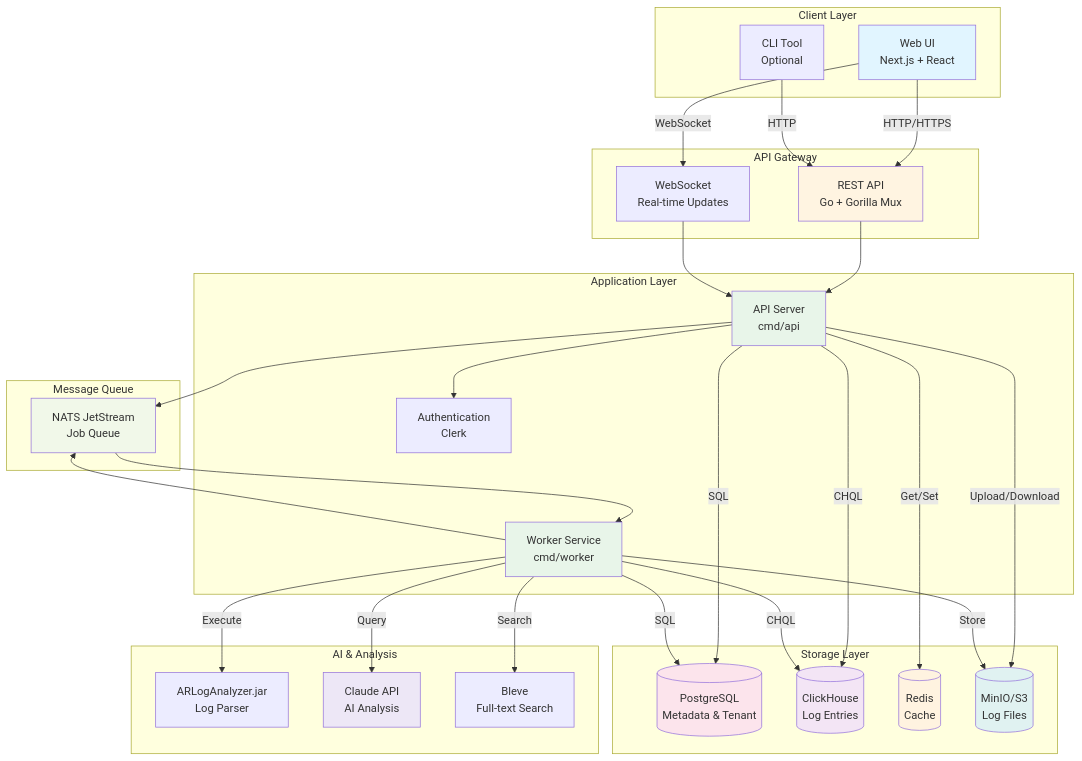
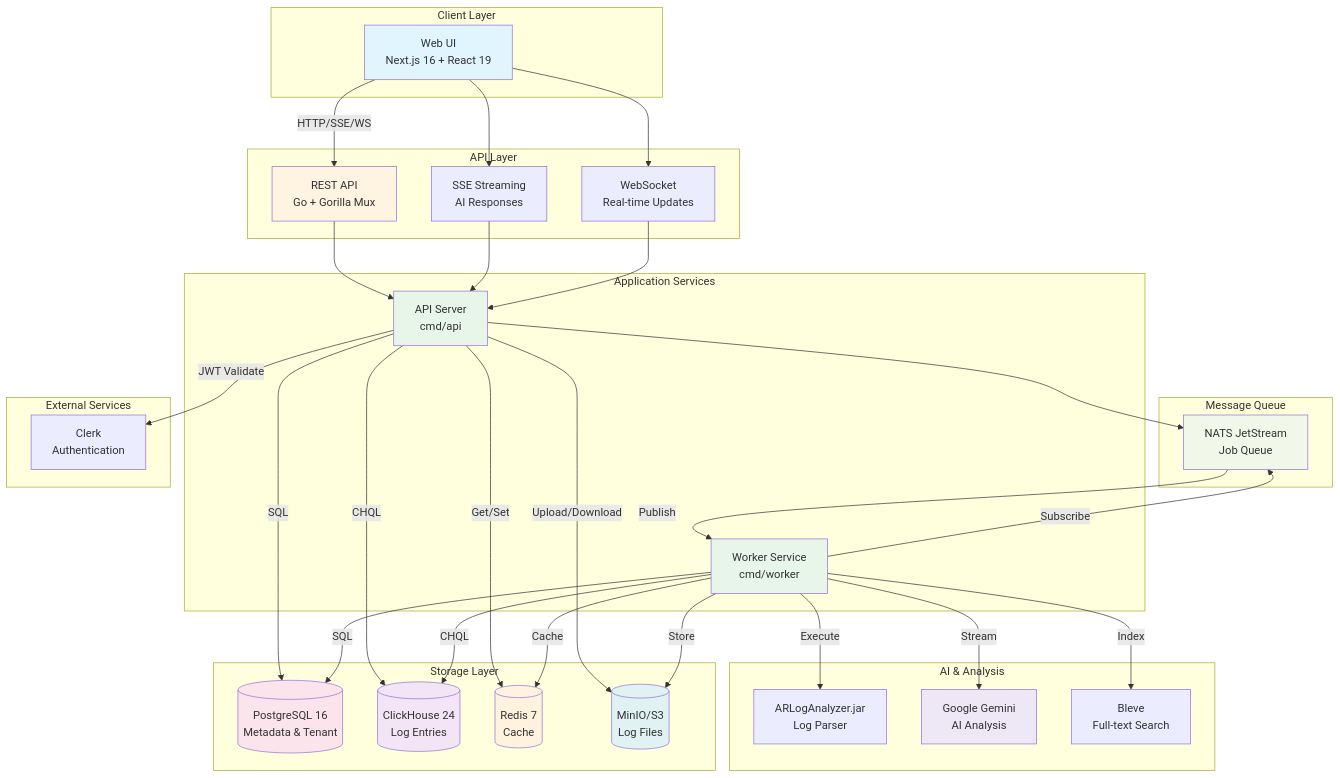
One commit to OmarEhab007/RemedyIQ changed the first of 8 diagrams in docs/diagrams/architecture.md. Above: the diagram before and after it, drawn with Mermaid. The commit also changed other lines of this file and 125 other files, not shown here.

First line of the commit message:
feat: EKS containerization with Helm charts, CI/CD pipelines, and snappy fix (#12)

````diff
--- a/docs/diagrams/architecture.md
+++ b/docs/diagrams/architecture.md
@@ -7,70 +7,75 @@
 ```mermaid
 graph TB
     subgraph "Client Layer"
-        WEB[Web UI<br/>Next.js + React]
-        CLI[CLI Tool<br/>Optional]
+        WEB[Web UI<br/>Next.js 16 + React 19]
     end
     
-    subgraph "API Gateway"
+    subgraph "API Layer"
         API[REST API<br/>Go + Gorilla Mux]
+        SSE[SSE Streaming<br/>AI Responses]
         WS[WebSocket<br/>Real-time Updates]
     end
     
-    subgraph "Application Layer"
-        API_SERVER[API Server<br/>cmd/api]
+    subgraph "Application Services"
+        API_SRV[API Server<br/>cmd/api]
         WORKER[Worker Service<br/>cmd/worker]
-        AUTH[Authentication<br/>Clerk]
     end
     
     subgraph "Message Queue"
         NATS[NATS JetStream<br/>Job Queue]
     end
     
     subgraph "AI & Analysis"
         JAR[ARLogAnalyzer.jar<br/>Log Parser]
-        AI[Claude API<br/>AI Analysis]
+        GEMINI[Google Gemini<br/>AI Analysis]
         BLEVE[Bleve<br/>Full-text Search]
     end
     
     subgraph "Storage Layer"
-        PG[(PostgreSQL<br/>Metadata & Tenant)]
-        CH[(ClickHouse<br/>Log Entries)]
-        REDIS[(Redis<br/>Cache)]
-        S3[(MinIO/S3<br/>Log Files)]
+        PG[(PostgreSQL 16<br/>Metadata & Tenant)]
+        CH[(ClickHouse 24<br/>Log Entries)]
+        REDIS[(Redis 7<br/>Cache)]
+        MINIO[(MinIO/S3<br/>Log Files)]
     end
     
-    WEB -->|HTTP/HTTPS| API
-    WEB -->|WebSocket| WS
-    CLI -->|HTTP| API
+    subgraph "External Services"
+        CLERK[Clerk<br/>Authentication]
+    end
     
-    API --> API_SERVER
-    WS --> API_SERVER
+    WEB -->|HTTP/SSE/WS| API
+    WEB --> SSE
+    WEB --> WS
     
-    API_SERVER -->|SQL| PG
-    API_SERVER -->|CHQL| CH
-    API_SERVER -->|Get/Set| REDIS
-    API_SERVER -->|Upload/Download| S3
-    API_SERVER --> NATS
-    API_SERVER --> AUTH
+    API --> API_SRV
+    SSE --> API_SRV
+    WS --> API_SRV
     
-    WORKER --> NATS
+    API_SRV -->|SQL| PG
+    API_SRV -->|CHQL| CH
+    API_SRV -->|Get/Set| REDIS
+    API_SRV -->|Upload/Download| MINIO
+    API_SRV --> NATS
+    API_SRV -->|JWT Validate| CLERK
+    
+    WORKER -->|Subscribe| NATS
     WORKER -->|Execute| JAR
-    WORKER -->|Query| AI
-    WORKER -->|Search| BLEVE
+    WORKER -->|Stream| GEMINI
+    WORKER -->|Index| BLEVE
     WORKER -->|SQL| PG
     WORKER -->|CHQL| CH
-    WORKER -->|Store| S3
+    WORKER -->|Store| MINIO
+    WORKER -->|Cache| REDIS
     
-    NATS --> WORKER
+    NATS -->|Publish| WORKER
     
     style WEB fill:#e1f5ff
     style API fill:#fff4e1
-    style API_SERVER fill:#e8f5e9
+    style API_SRV fill:#e8f5e9
     style WORKER fill:#e8f5e9
     style PG fill:#fce4ec
     style CH fill:#f3e5f5
     style REDIS fill:#fff3e0
-    style S3 fill:#e0f2f1
+    style MINIO fill:#e0f2f1
     style NATS fill:#f1f8e9
-    style AI fill:#ede7f6
+    style GEMINI fill:#ede7f6
 ```
````
